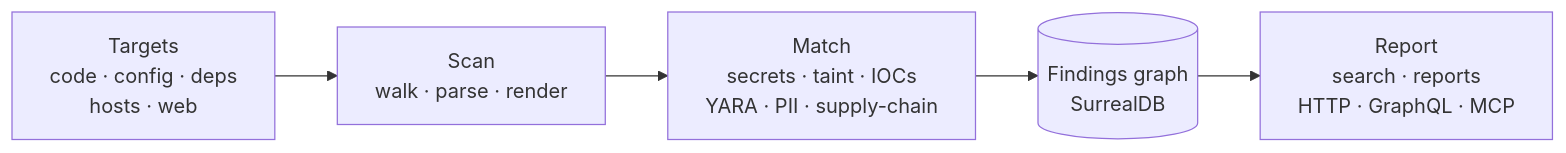
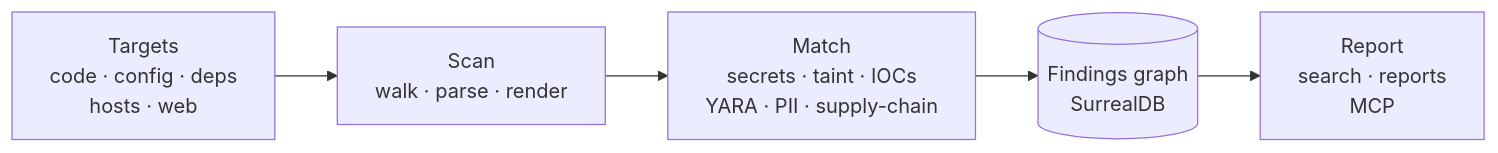
Before and after one commit to rangertaha/exfil: the diagram in README.md, drawn with Mermaid. The commit also changed other lines of this file and 17 other files, not shown here.

First line of the commit message:
refactor(cli): remove the HTTP/GraphQL API; the app serves its own

````diff
--- a/README.md
+++ b/README.md
@@ -14,7 +14,7 @@
 ```mermaid
 flowchart LR
     T["Targets<br/>code · config · deps<br/>hosts · web"] --> S["Scan<br/>walk · parse · render"]
     S --> M["Match<br/>secrets · taint · IOCs<br/>YARA · PII · supply-chain"]
     M --> G[("Findings graph<br/>SurrealDB")]
-    G --> R["Report<br/>search · reports<br/>HTTP · GraphQL · MCP"]
+    G --> R["Report<br/>search · reports<br/>MCP"]
 ```
````
